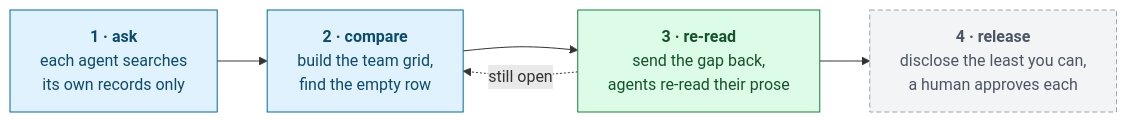
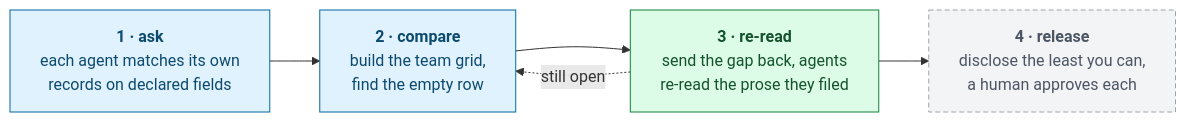
Before and after one commit to isenilov/flower-ai-hackathon: the second of 3 diagrams in docs/slides/slides.md, drawn with Mermaid. The commit also changed other lines of this file and 2 other files, not shown here.

First line of the commit message:
docs(docs): say that round 1 searched fields, not the whole library

````diff
--- a/docs/slides/slides.md
+++ b/docs/slides/slides.md
@@ -193,15 +205,15 @@
 ```mermaid {scale: 0.7}
 flowchart LR
-    ask["<b>1 · ask</b><br/>each agent searches<br/>its own records only"]
+    ask["<b>1 · ask</b><br/>each agent matches its own<br/>records on declared fields"]
     compare["<b>2 · compare</b><br/>build the team grid,<br/>find the empty row"]
-    reread["<b>3 · re-read</b><br/>send the gap back,<br/>agents re-read their prose"]
+    reread["<b>3 · re-read</b><br/>send the gap back, agents<br/>re-read the prose they filed"]
     release["<b>4 · release</b><br/>disclose the least you can,<br/>a human approves each"]
 
     ask --> compare --> reread --> release
     reread -. "still open" .-> compare
 
     style ask fill:#e0f2fe,stroke:#0369a1,color:#0c4a6e
     style compare fill:#e0f2fe,stroke:#0369a1,color:#0c4a6e
     style reread fill:#dcfce7,stroke:#15803d,color:#14532d
     style release fill:#f3f4f6,stroke:#9ca3af,color:#4b5563,stroke-dasharray: 5 3
 ```
````
